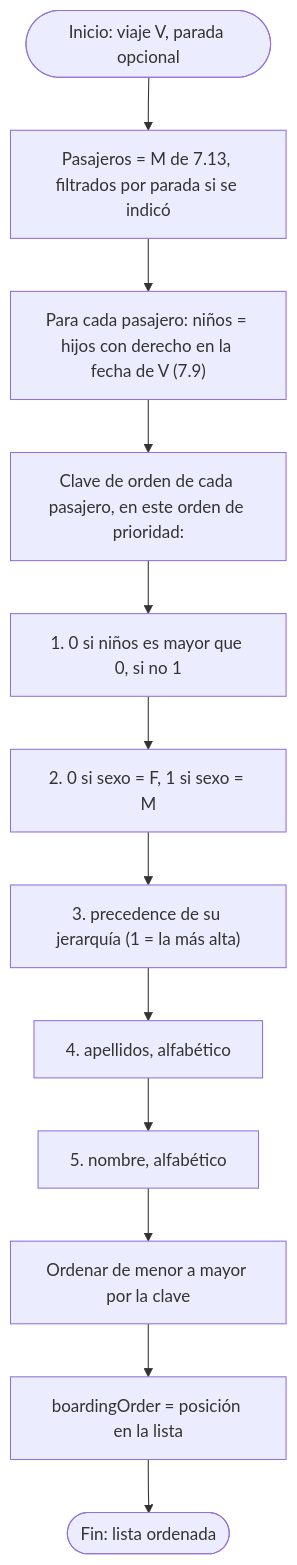
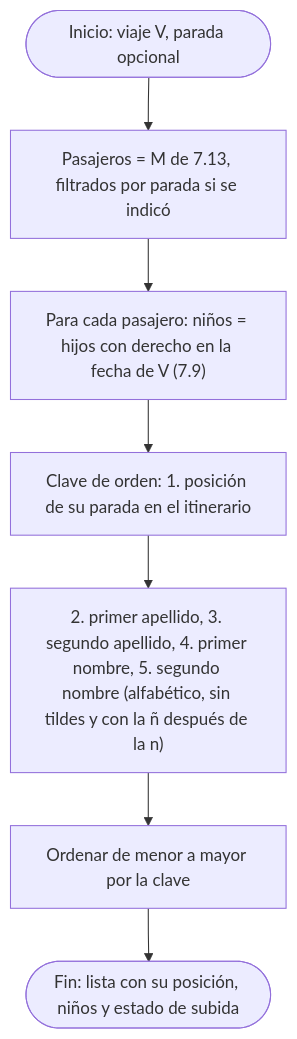
Diagram 21 of 30 in docs/07-algoritmos.md (maicolalmaralestamayo/MiRuta), drawn with Mermaid before and after one commit. The commit also changed other lines of this file and 10 other files, not shown here.

````diff
--- a/docs/07-algoritmos.md
+++ b/docs/07-algoritmos.md
@@ -564,14 +561,9 @@
 ```mermaid
 flowchart TD
     A(["Inicio: viaje V, parada opcional"]) --> B["Pasajeros = M de 7.13, filtrados por parada si se indicó"]
     B --> C["Para cada pasajero: niños = hijos con derecho en la fecha de V (7.9)"]
-    C --> D["Clave de orden de cada pasajero, en este orden de prioridad:"]
-    D --> E["1. 0 si niños es mayor que 0, si no 1"]
-    E --> F["2. 0 si sexo = F, 1 si sexo = M"]
-    F --> G["3. precedence de su jerarquía (1 = la más alta)"]
-    G --> H["4. apellidos, alfabético"]
-    H --> I["5. nombre, alfabético"]
-    I --> J["Ordenar de menor a mayor por la clave"]
-    J --> K["boardingOrder = posición en la lista"]
-    K --> Z(["Fin: lista ordenada"])
+    C --> D["Clave de orden: 1. posición de su parada en el itinerario"]
+    D --> E["2. primer apellido, 3. segundo apellido, 4. primer nombre, 5. segundo nombre (alfabético, sin tildes y con la ñ después de la n)"]
+    E --> F["Ordenar de menor a mayor por la clave"]
+    F --> Z(["Fin: lista con su posición, niños y estado de subida"])
 ```
````
